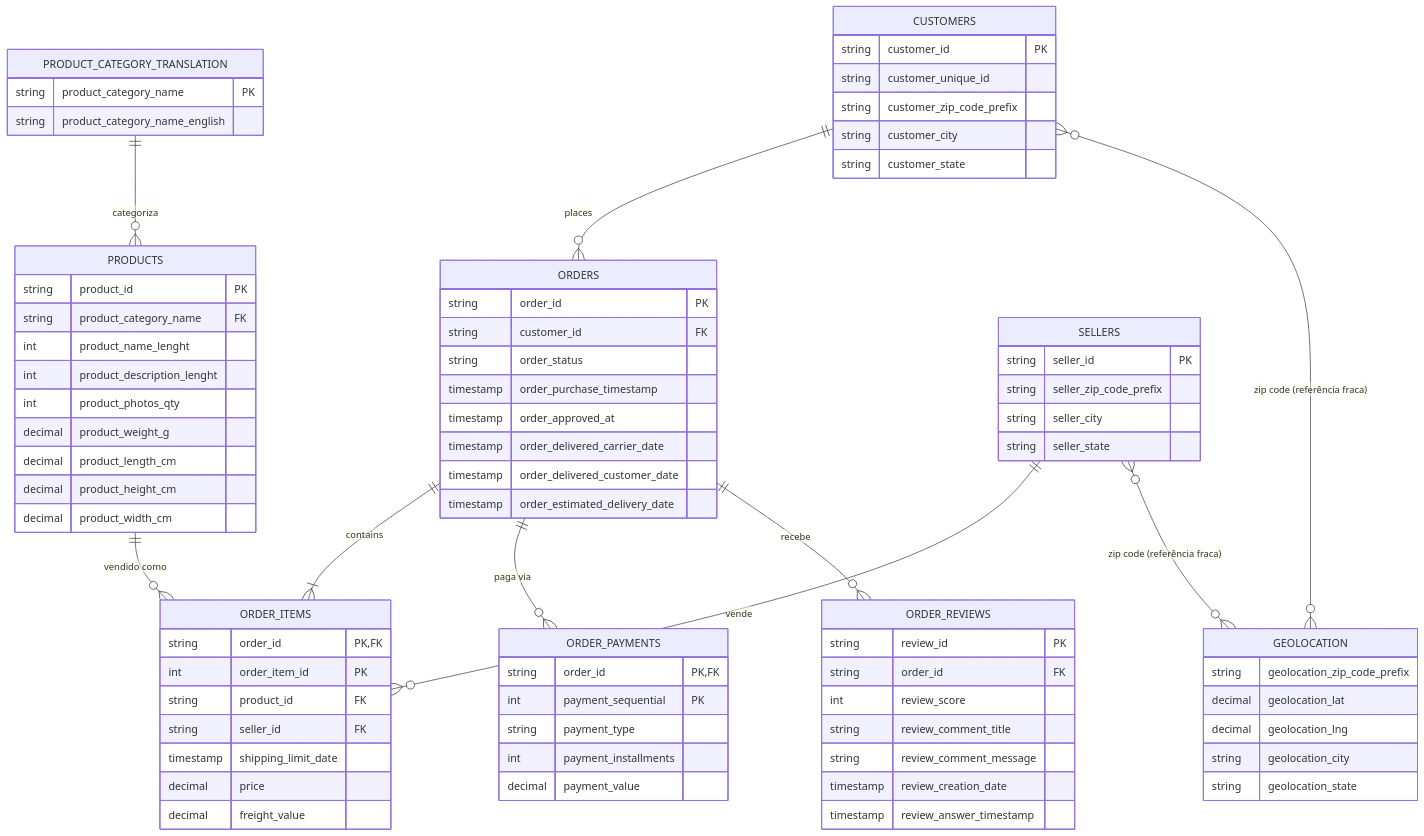
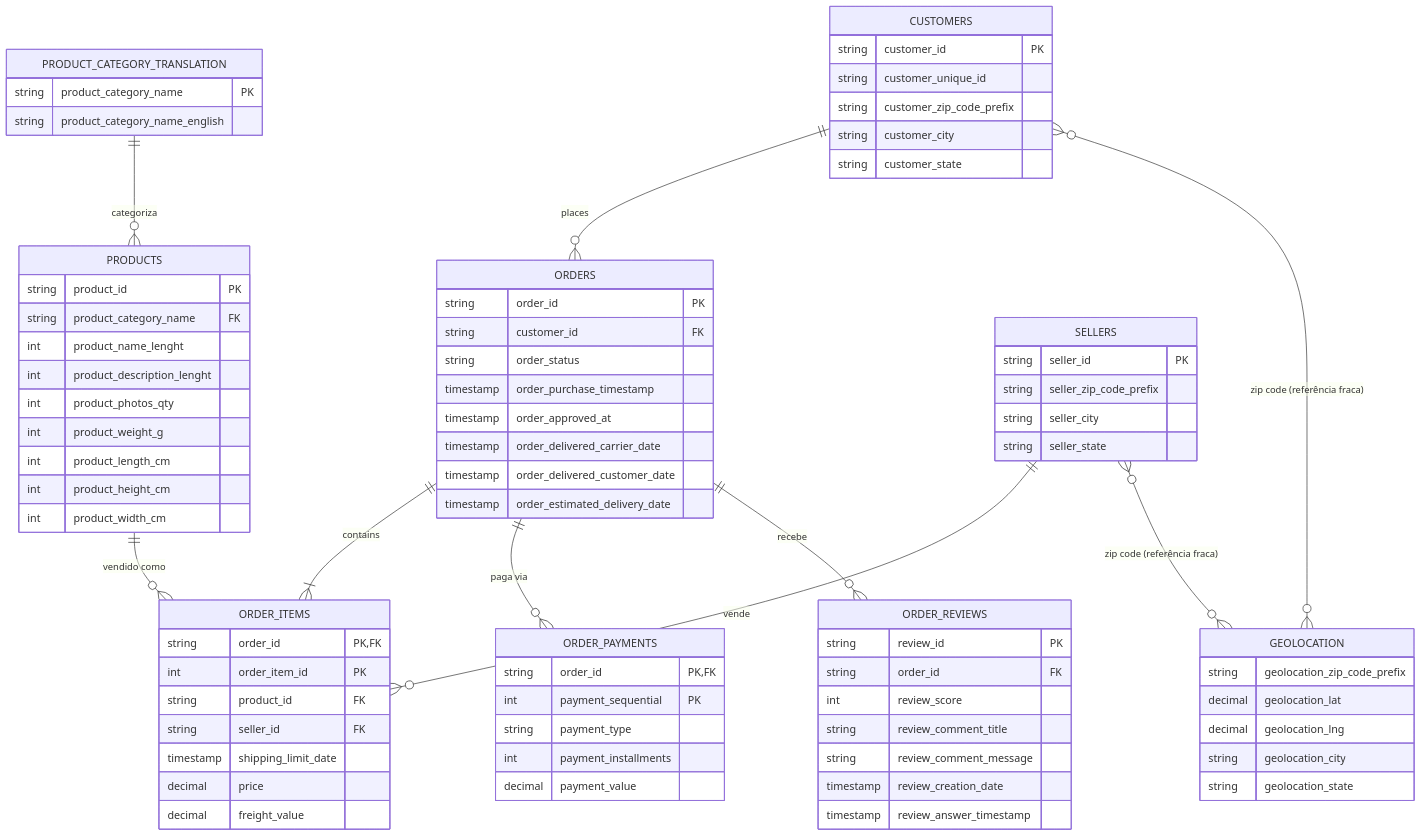
One commit to albuquerques/sales-intelligence-platform changed the diagram in docs/er_diagram.md. Above: the diagram before and after it, drawn with Mermaid. The commit also changed 6 other files, not shown here.

```diff
--- a/docs/er_diagram.md
+++ b/docs/er_diagram.md
@@ -57,10 +57,10 @@
         int product_name_lenght
         int product_description_lenght
         int product_photos_qty
-        decimal product_weight_g
-        decimal product_length_cm
-        decimal product_height_cm
-        decimal product_width_cm
+        int product_weight_g
+        int product_length_cm
+        int product_height_cm
+        int product_width_cm
     }
 
     SELLERS {
```
